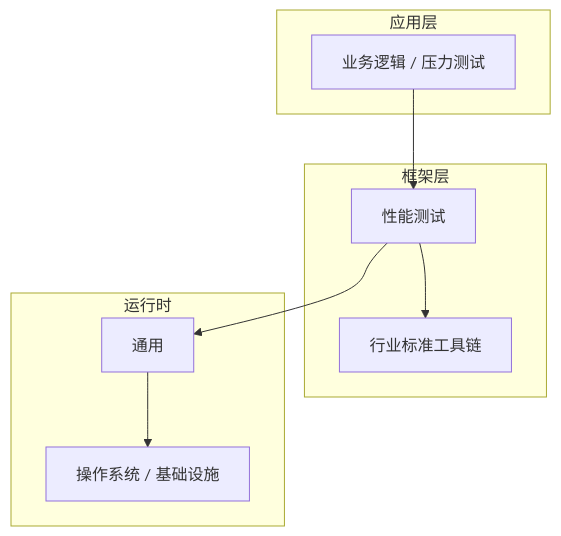
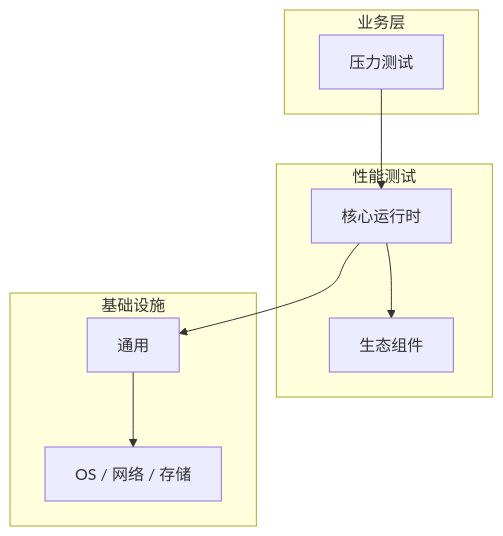
Before and after one commit to yanggan2015/knowledge-json-v2: the diagram in articles/性能测试/chapters/015-压力测试核心概念与原理.md, drawn with Mermaid. The commit also changed other lines of this file and 10127 other files, not shown here.

````diff
--- a/articles/性能测试/chapters/015-压力测试核心概念与原理.md
+++ b/articles/性能测试/chapters/015-压力测试核心概念与原理.md
@@ -45,18 +34,18 @@
 ```mermaid
 graph TB
-    subgraph 应用层
-        A[业务逻辑 / 压力测试]
+    subgraph 业务层
+        A[压力测试]
     end
-    subgraph 框架层
-        B[性能测试]
-        C[行业标准工具链]
+    subgraph 性能测试
+        B[核心运行时]
+        C[生态组件]
     end
-    subgraph 运行时
+    subgraph 基础设施
         D[通用]
-        E[操作系统 / 基础设施]
+        E[OS / 网络 / 存储]
     end
     A --> B
     B --> C
     B --> D
     D --> E
 ```
````
